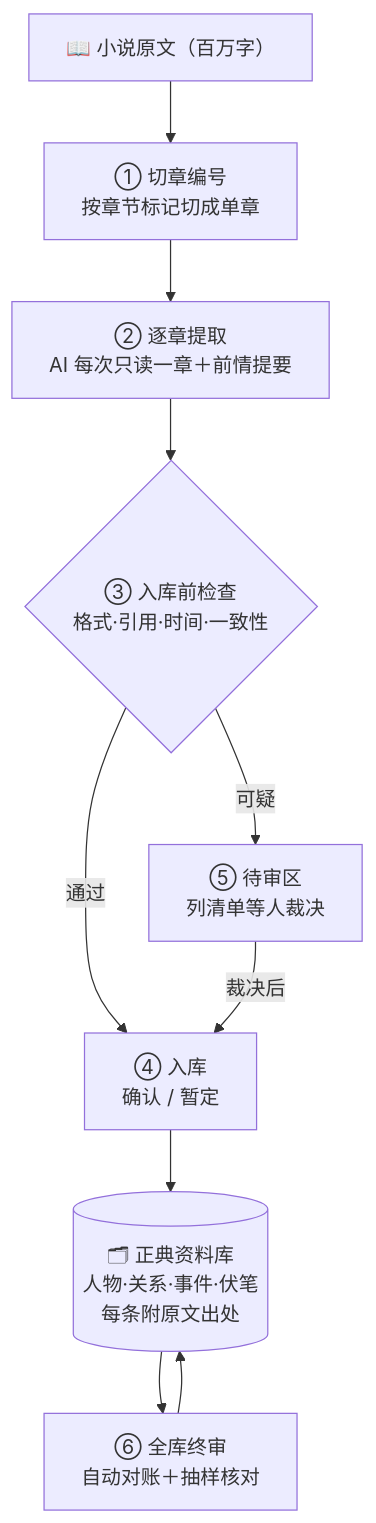
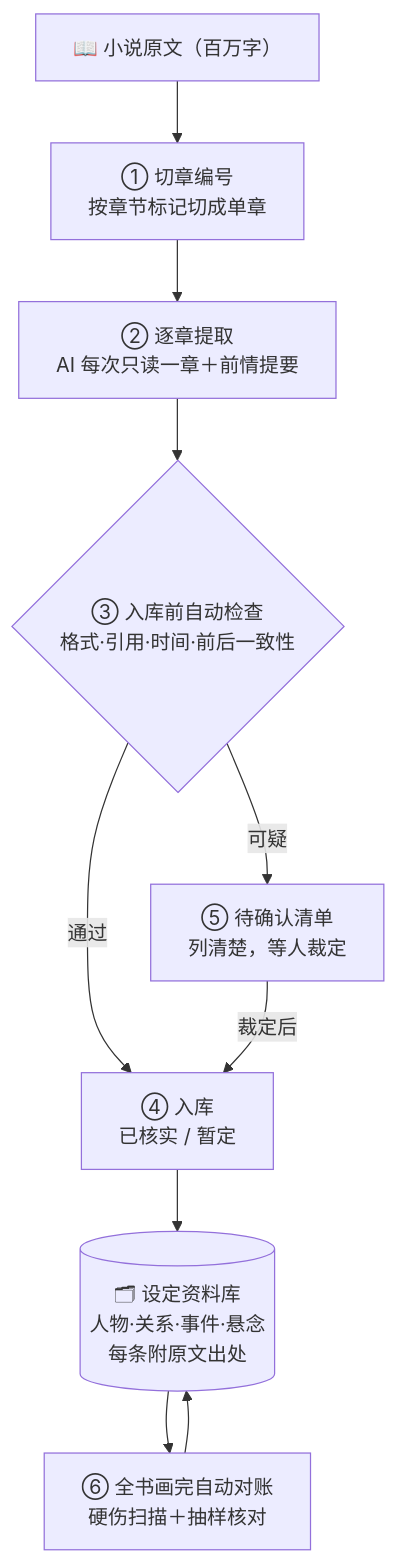
The diagram in README.md (master666-max/cbb-pipeline), drawn with Mermaid before and after one commit. The commit also changed other lines of this file, not shown here.

````diff
--- a/README.md
+++ b/README.md
@@ -5,12 +5,12 @@
 ```mermaid
 flowchart TB
     A["📖 小说原文（百万字）"] --> B["① 切章编号<br/>按章节标记切成单章"]
     B --> C["② 逐章提取<br/>AI 每次只读一章＋前情提要"]
-    C --> D{"③ 入库前检查<br/>格式·引用·时间·一致性"}
-    D -->|"通过"| E["④ 入库<br/>确认 / 暂定"]
-    D -->|"可疑"| F["⑤ 待审区<br/>列清单等人裁决"]
-    F -->|"裁决后"| E
-    E --> G[("🗂 正典资料库<br/>人物·关系·事件·伏笔<br/>每条附原文出处")]
-    G --> H["⑥ 全库终审<br/>自动对账＋抽样核对"]
+    C --> D{"③ 入库前自动检查<br/>格式·引用·时间·前后一致性"}
+    D -->|"通过"| E["④ 入库<br/>已核实 / 暂定"]
+    D -->|"可疑"| F["⑤ 待确认清单<br/>列清楚，等人裁定"]
+    F -->|"裁定后"| E
+    E --> G[("🗂 设定资料库<br/>人物·关系·事件·悬念<br/>每条附原文出处")]
+    G --> H["⑥ 全书画完自动对账<br/>硬伤扫描＋抽样核对"]
     H --> G
 ```
````
